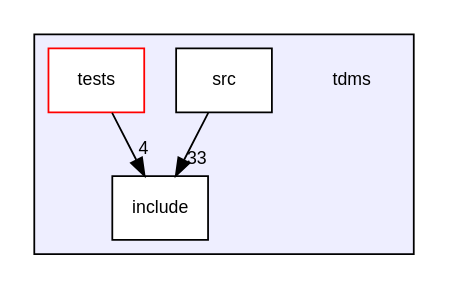
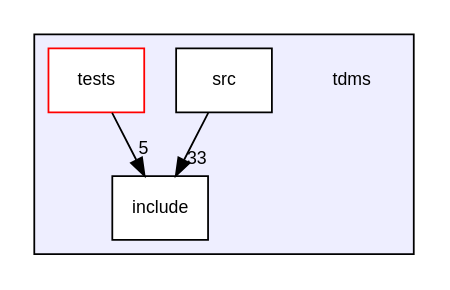
The diagram in dir_dfaedd75726dc0f14b5d7f96fe9da9ad_dep.dot (UCL/TDMS), drawn with Graphviz before and after one commit. The commit also changed 83 other files, not shown here.

```diff
--- a/dir_dfaedd75726dc0f14b5d7f96fe9da9ad_dep.dot
+++ b/dir_dfaedd75726dc0f14b5d7f96fe9da9ad_dep.dot
@@ -1,14 +1,14 @@
 digraph "tdms" {
   compound=true
   node [ fontsize="10", fontname="Helvetica"];
   edge [ labelfontsize="10", labelfontname="Helvetica"];
   subgraph clusterdir_dfaedd75726dc0f14b5d7f96fe9da9ad {
     graph [ bgcolor="#eeeeff", pencolor="black", label="" URL="dir_dfaedd75726dc0f14b5d7f96fe9da9ad.html"];
     dir_dfaedd75726dc0f14b5d7f96fe9da9ad [shape=plaintext label="tdms"];
     dir_31151eb6fe72a8c6f09675be35b4e99c [shape=box label="include" color="black" fillcolor="white" style="filled" URL="dir_31151eb6fe72a8c6f09675be35b4e99c.html"];
     dir_31743c9f8cb9d8e1833bb08943f9ef81 [shape=box label="src" color="black" fillcolor="white" style="filled" URL="dir_31743c9f8cb9d8e1833bb08943f9ef81.html"];
     dir_99e68cfdfe0514ef618d04f980ae72d7 [shape=box label="tests" color="red" fillcolor="white" style="filled" URL="dir_99e68cfdfe0514ef618d04f980ae72d7.html"];
   }
   dir_31743c9f8cb9d8e1833bb08943f9ef81->dir_31151eb6fe72a8c6f09675be35b4e99c [headlabel="33", labeldistance=1.5 headhref="dir_000003_000002.html"];
-  dir_99e68cfdfe0514ef618d04f980ae72d7->dir_31151eb6fe72a8c6f09675be35b4e99c [headlabel="4", labeldistance=1.5 headhref="dir_000004_000002.html"];
+  dir_99e68cfdfe0514ef618d04f980ae72d7->dir_31151eb6fe72a8c6f09675be35b4e99c [headlabel="5", labeldistance=1.5 headhref="dir_000004_000002.html"];
 }
```
